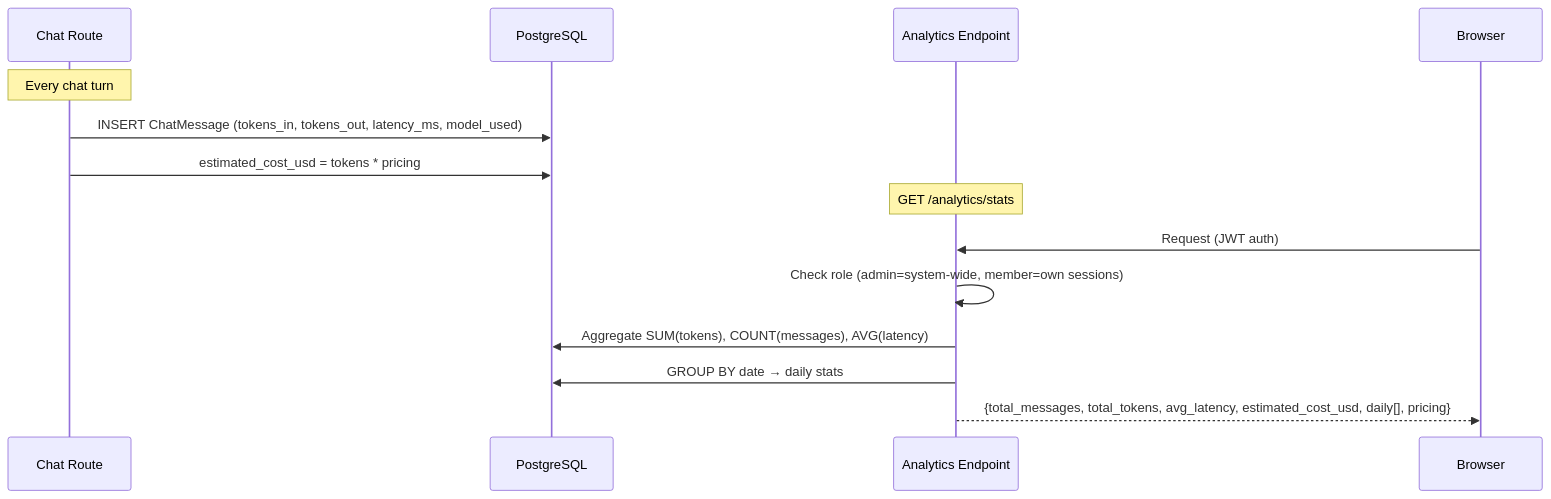
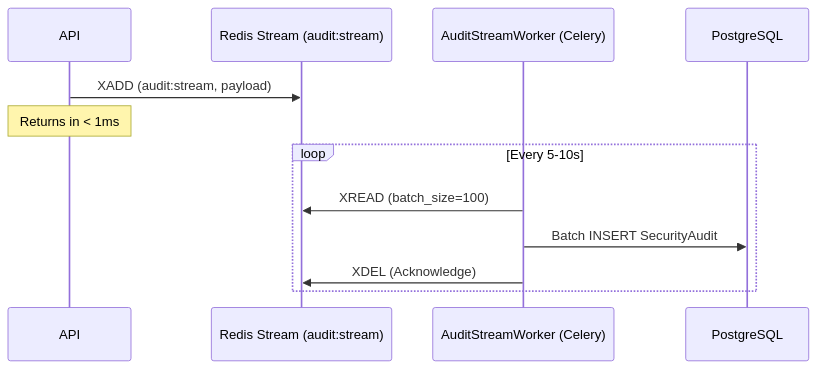
The fourth of 4 diagrams in docs/02_WORKFLOWS.md (qtuanph/chatbot-rag), drawn with Mermaid before and after one commit. The commit also changed other lines of this file and 43 other files, not shown here.

Commit message:
feat: implement core RAG architecture including API middleware, analytics, retrieval services, worker tasks, and system documentation

````diff
--- a/docs/02_WORKFLOWS.md
+++ b/docs/02_WORKFLOWS.md
@@ -195,18 +130,16 @@
 ```mermaid
 sequenceDiagram
-    participant Chat as Chat Route
+    participant API
+    participant Stream as Redis Stream (audit:stream)
+    participant Worker as AuditStreamWorker (Celery)
     participant DB as PostgreSQL
-    participant API as Analytics Endpoint
-    participant Browser
 
-    Note over Chat: Every chat turn
-    Chat->>DB: INSERT ChatMessage (tokens_in, tokens_out, latency_ms, model_used)
-    Chat->>DB: estimated_cost_usd = tokens * pricing
-
-    Note over API: GET /analytics/stats
-    Browser->>API: Request (JWT auth)
-    API->>API: Check role (admin=system-wide, member=own sessions)
-    API->>DB: Aggregate SUM(tokens), COUNT(messages), AVG(latency)
-    API->>DB: GROUP BY date → daily stats
-    API-->>Browser: {total_messages, total_tokens, avg_latency, estimated_cost_usd, daily[], pricing}
+    API->>Stream: XADD (audit:stream, payload)
+    Note over API: Returns in < 1ms
+    
+    loop Every 5-10s
+        Worker->>Stream: XREAD (batch_size=100)
+        Worker->>DB: Batch INSERT SecurityAudit
+        Worker->>Stream: XDEL (Acknowledge)
+    end
 ```
````
